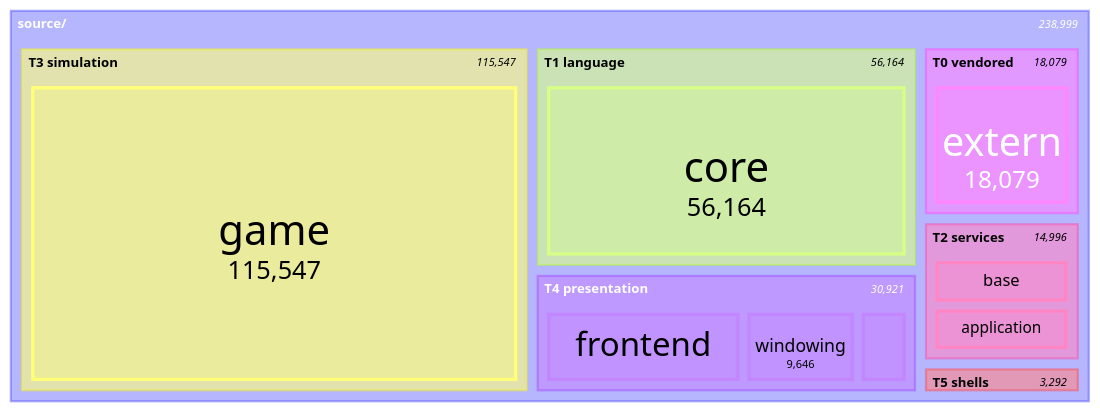
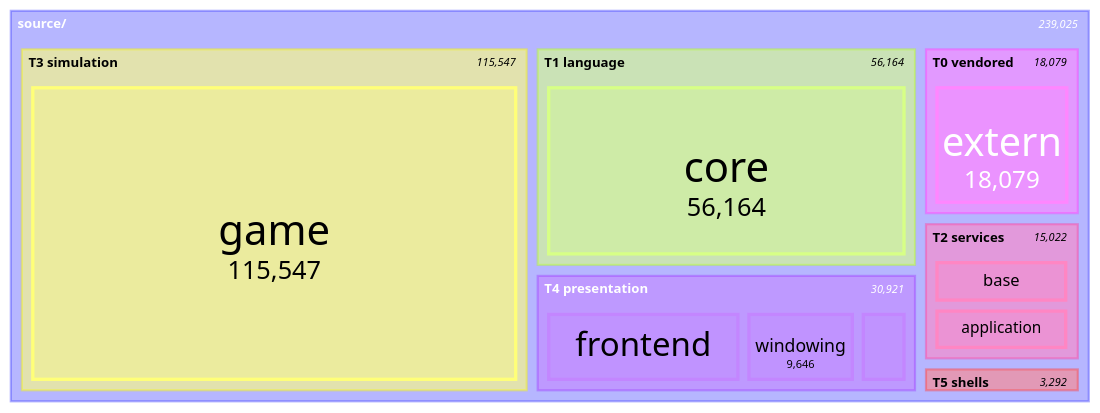
Before and after one commit to apnex/OpenStarbound: the seventh of 11 diagrams in docs/architecture/system-boundaries.md, drawn with Mermaid. The commit also changed other lines of this file and 2 other files, not shown here.

````diff
--- a/docs/architecture/system-boundaries.md
+++ b/docs/architecture/system-boundaries.md
@@ -577,21 +577,21 @@
 ```mermaid
 treemap-beta
 "source/"
     "T0 vendored"
         "extern": 18079
     "T1 language"
         "core": 56164
     "T2 services"
         "base": 7464
-        "application": 7390
+        "application": 7416
         "platform": 142
     "T3 simulation"
         "game": 115547
     "T4 presentation"
         "frontend": 16861
         "windowing": 9646
         "rendering": 4414
     "T5 shells"
         "client": 2509
         "server": 783
 ```
````
